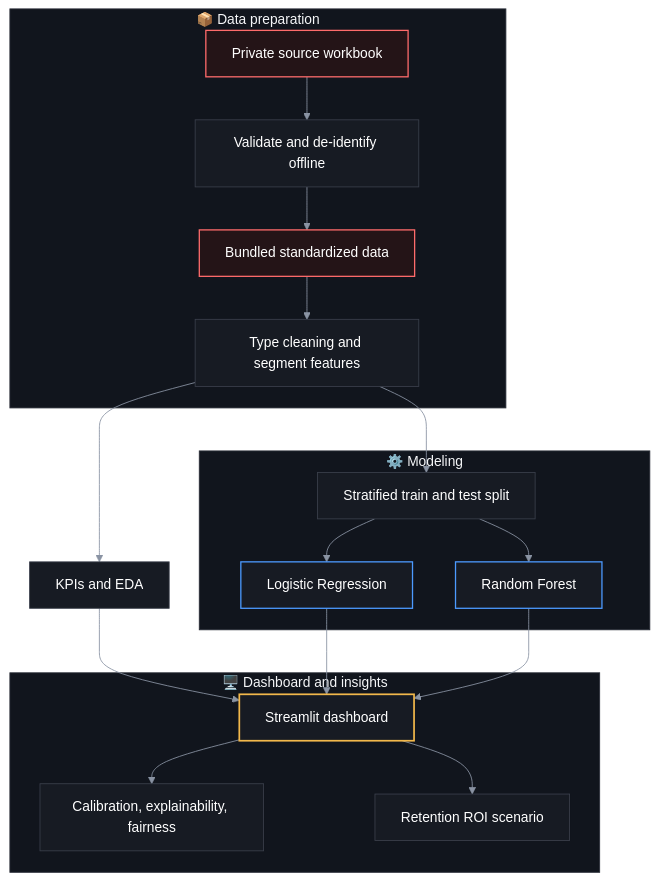
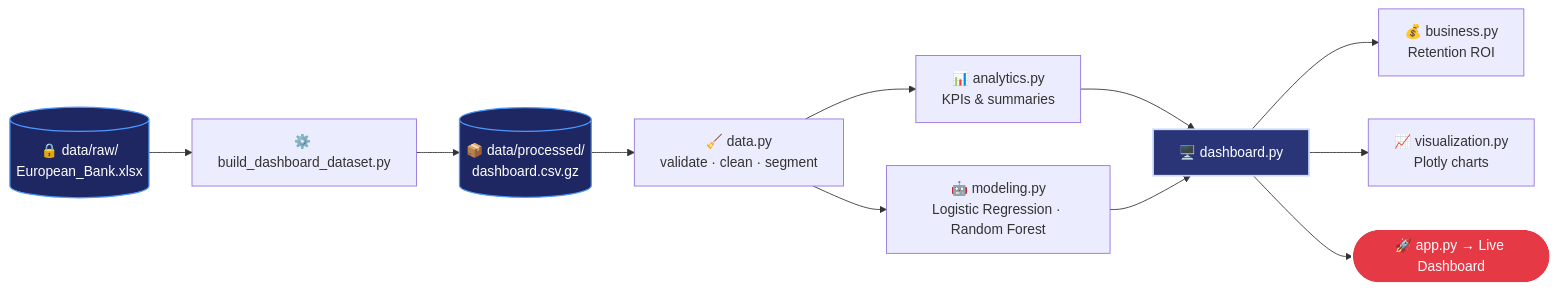
The diagram in README.md (iqra-insights/churnsight-eu-banking), drawn with Mermaid before and after one commit. The commit also changed other lines of this file, not shown here.

Commit message:
Revise architecture and data flow in README
Updated the architecture diagram and section in README.md to reflect changes in data flow and components.

````diff
--- a/README.md
+++ b/README.md
@@ -237,61 +237,18 @@
 ```mermaid
-%%{init: {
-  "theme": "base",
-  "themeVariables": {
-    "background": "#0B0E14",
-    "primaryColor": "#171B23",
-    "primaryBorderColor": "#3A3F4B",
-    "primaryTextColor": "#F5F6F8",
-    "lineColor": "#8A93A3",
-    "clusterBkg": "#11151D",
-    "clusterBorder": "#2A2E38",
-    "fontFamily": "Segoe UI, Calibri, sans-serif",
-    "fontSize": "16px"
-  }
-}}%%
-flowchart TD
-    subgraph DATA["📦 Data preparation"]
-        A[Private source workbook] --> B[Validate and de-identify offline]
-        B --> C[Bundled standardized data]
-        C --> D[Type cleaning and segment features]
-    end
+flowchart LR
+    A[("🔒 data/raw/<br>European_Bank.xlsx")] --> B["⚙️ build_dashboard_dataset.py"]
+    B --> C[("📦 data/processed/<br>dashboard.csv.gz")]
+    C --> D["🧹 data.py<br>validate · clean · segment"]
+    D --> E["📊 analytics.py<br>KPIs & summaries"]
+    D --> F["🤖 modeling.py<br>Logistic Regression · Random Forest"]
+    E --> G["🖥️ dashboard.py"]
+    F --> G
+    G --> H["💰 business.py<br>Retention ROI"]
+    G --> I["📈 visualization.py<br>Plotly charts"]
+    G --> J(["🚀 app.py → Live Dashboard"])
 
-    subgraph MODEL["⚙️ Modeling"]
-        F[Stratified train and test split]
-        G[Logistic Regression]
-        H[Random Forest]
-        F --> G
-        F --> H
-    end
-
-    D --> E[KPIs and EDA]
-    D --> F
-
-    subgraph APP["🖥️ Dashboard and insights"]
-        I[Streamlit dashboard]
-        J[Calibration, explainability, fairness]
-        K[Retention ROI scenario]
-        I --> J
-        I --> K
-    end
-
-    E --> I
-    G --> I
-    H --> I
-
-    style A fill:#241417,color:#fff,stroke:#FF6B6B,stroke-width:1.5px
-    style C fill:#241417,color:#fff,stroke:#FF6B6B,stroke-width:1.5px
-    style G fill:#171B23,color:#fff,stroke:#4C9AFF,stroke-width:1.5px
-    style H fill:#171B23,color:#fff,stroke:#4C9AFF,stroke-width:1.5px
-    style I fill:#171B23,color:#fff,stroke:#F2B84B,stroke-width:2px
-    style E fill:#171B23,color:#fff,stroke:#3A3F4B
-    style F fill:#171B23,color:#fff,stroke:#3A3F4B
-    style J fill:#171B23,color:#fff,stroke:#3A3F4B
-    style K fill:#171B23,color:#fff,stroke:#3A3F4B
-    style B fill:#171B23,color:#fff,stroke:#3A3F4B
-    style D fill:#171B23,color:#fff,stroke:#3A3F4B
-
-    style DATA fill:#11151D,stroke:#2A2E38,color:#F5F6F8
-    style MODEL fill:#11151D,stroke:#2A2E38,color:#F5F6F8
-    style APP fill:#11151D,stroke:#2A2E38,color:#F5F6F8
+    style A fill:#1E2761,color:#fff,stroke:#4C9AFF,stroke-width:1.5px
+    style C fill:#1E2761,color:#fff,stroke:#4C9AFF,stroke-width:1.5px
+    style J fill:#E63946,color:#fff,stroke:#fff,stroke-width:2px
+    style G fill:#2A3578,color:#fff,stroke:#CADCFC,stroke-width:2px
 ```
````
